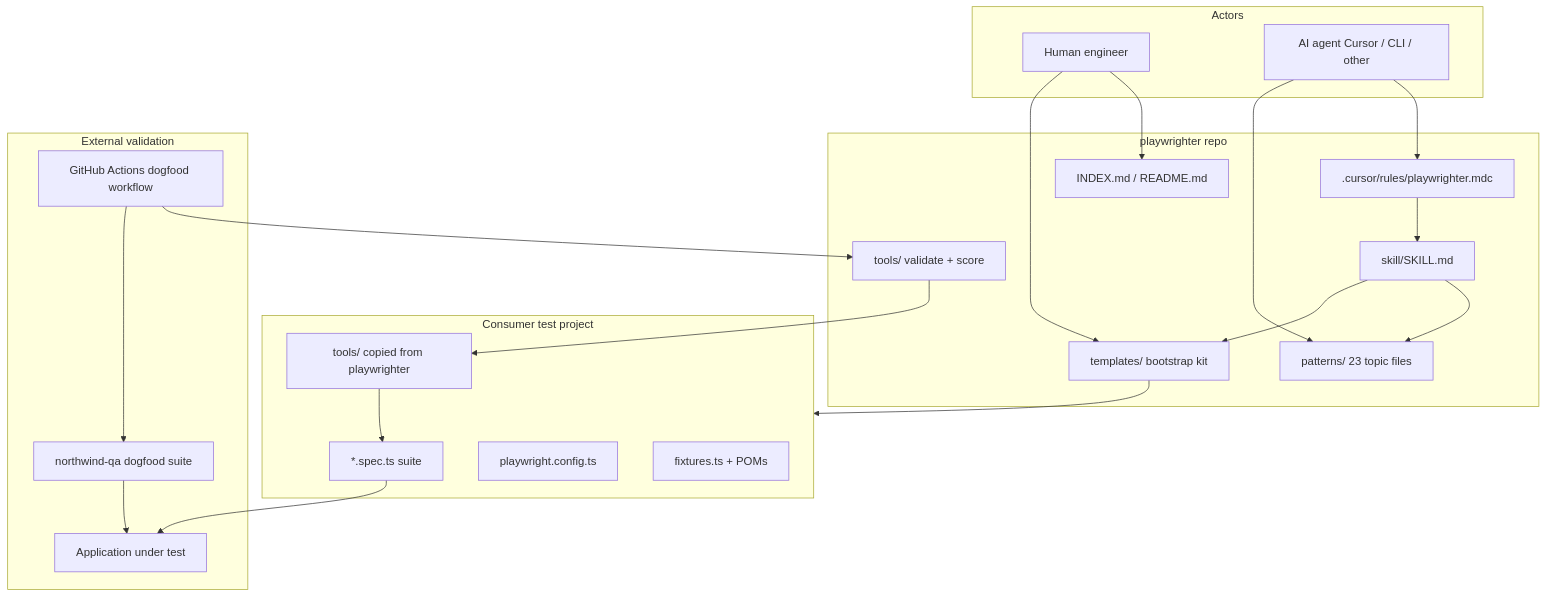
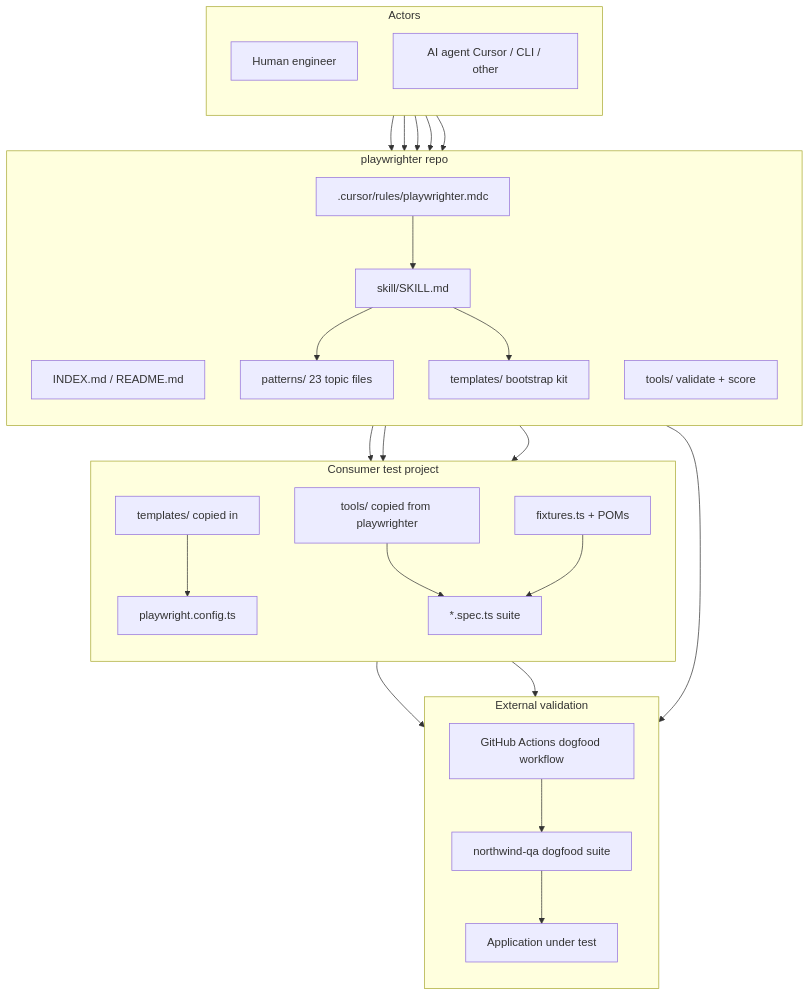
The first of 8 diagrams in ARCH.MD (weijia-89/playwrighter), drawn with Mermaid before and after one commit. The commit also changed 1 other file, not shown here.

Commit message:
docs(arch): stack system context diagram vertically
Use flowchart TD with direction TB per subgraph and chain actors →
playwrighter → consumer → external. Align generate-arch prompt so regen
keeps the same layout.

````diff
--- a/ARCH.MD
+++ b/ARCH.MD
@@ -9,44 +9,55 @@
 ```mermaid
-flowchart TB
+flowchart TD
   subgraph actors [Actors]
+    direction TB
     Human[Human engineer]
     Agent[AI agent Cursor / CLI / other]
   end
 
   subgraph playwrighter [playwrighter repo]
+    direction TB
+    Index["INDEX.md / README.md"]
     Rule[".cursor/rules/playwrighter.mdc"]
     Skill["skill/SKILL.md"]
     Patterns["patterns/ 23 topic files"]
     Templates["templates/ bootstrap kit"]
     Tools["tools/ validate + score"]
-    Index["INDEX.md / README.md"]
+    Rule --> Skill
+    Skill --> Patterns
+    Skill --> Templates
   end
 
   subgraph consumer [Consumer test project]
-    Specs["*.spec.ts suite"]
+    direction TB
+    TemplatesOut["templates/ copied in"]
+    CopiedTools["tools/ copied from playwrighter"]
     Config["playwright.config.ts"]
     Fix["fixtures.ts + POMs"]
-    CopiedTools["tools/ copied from playwrighter"]
+    Specs["*.spec.ts suite"]
+    TemplatesOut --> Config
+    CopiedTools --> Specs
+    Fix --> Specs
   end
 
   subgraph external [External validation]
+    direction TB
+    GHA["GitHub Actions dogfood workflow"]
+    NW["northwind-qa dogfood suite"]
     SUT[Application under test]
-    NW["northwind-qa dogfood suite"]
-    GHA["GitHub Actions dogfood workflow"]
+    GHA --> NW
+    NW --> SUT
   end
 
   Human --> Index
   Human --> Templates
   Agent --> Rule
-  Rule --> Skill
-  Skill --> Patterns
-  Skill --> Templates
   Agent --> Patterns
-  Templates --> consumer
+  Templates --> TemplatesOut
   Tools --> CopiedTools
-  CopiedTools --> Specs
   Specs --> SUT
-  GHA --> Tools
-  GHA --> NW
-  NW --> SUT
+  Tools --> GHA
+
+  actors --> playwrighter
+  playwrighter --> consumer
+  consumer --> external
 ```
````
